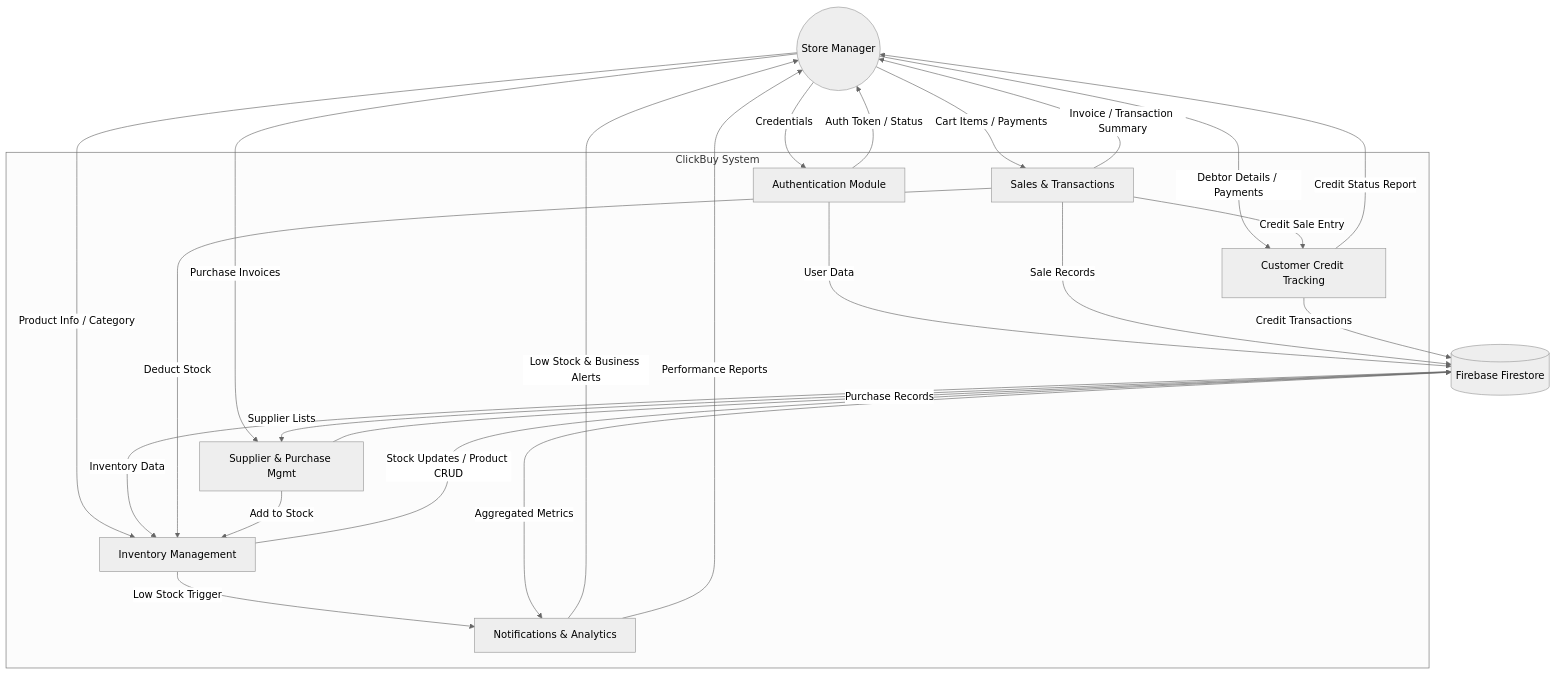
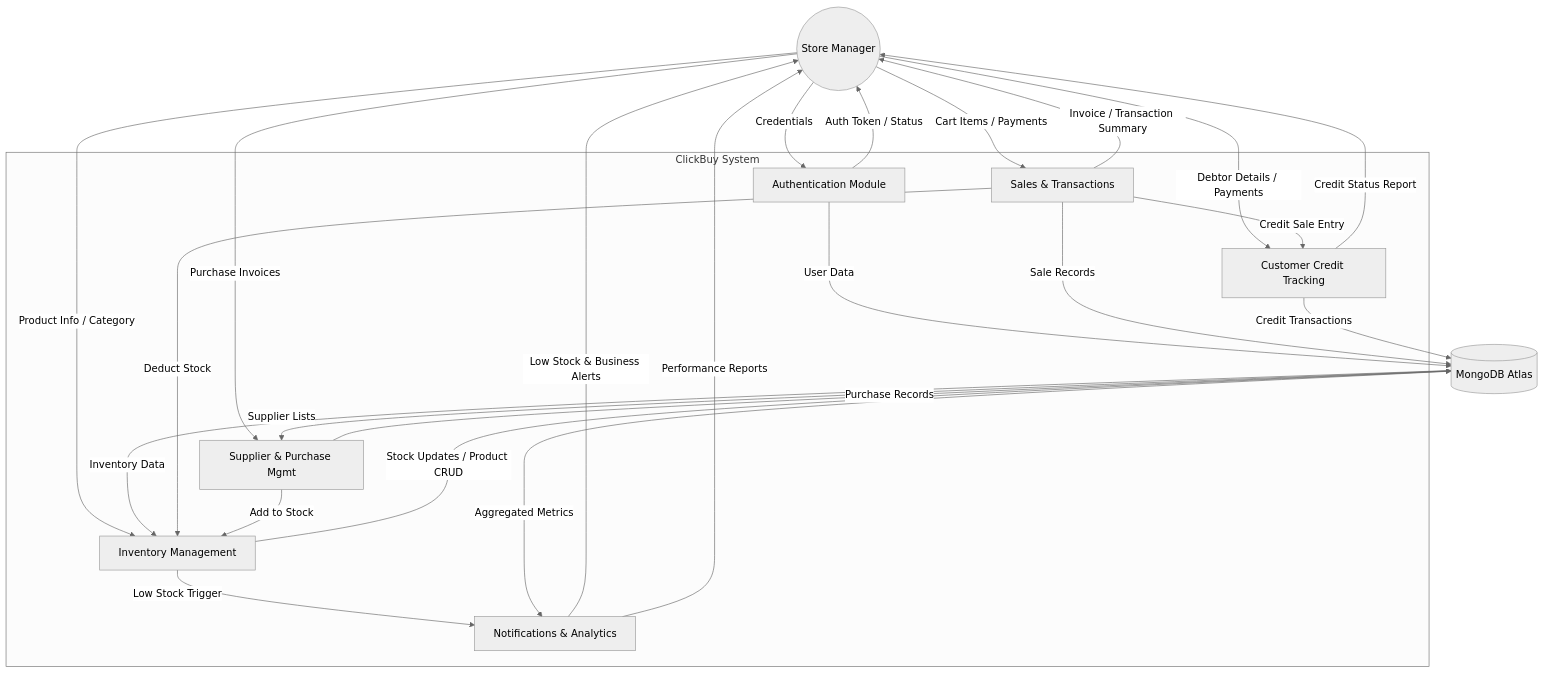
The second of 2 diagrams in Assets/dfd_diagram.md (dilshan-code/ITP_KANDY_7), drawn with Mermaid (neutral theme) before and after one commit. The commit also changed other lines of this file and 10 other files, not shown here.

````diff
--- a/Assets/dfd_diagram.md
+++ b/Assets/dfd_diagram.md
@@ -28,48 +28,48 @@
 ```mermaid
 graph TD
     Manager((Store Manager))
-    DB[(Firebase Firestore)]
+    DB[(MongoDB Atlas)]
 
     subgraph ClickBuy System
         P1[Authentication Module]
         P2[Inventory Management]
         P3[Sales & Transactions]
         P4[Customer Credit Tracking]
         P5[Supplier & Purchase Mgmt]
         P6[Notifications & Analytics]
     end
 
     %% Auth Flow
     Manager -- "Credentials" --> P1
     P1 -- "Auth Token / Status" --> Manager
     P1 -- "User Data" --> DB
 
     %% Inventory Flow
     Manager -- "Product Info / Category" --> P2
     P2 -- "Stock Updates / Product CRUD" --> DB
     DB -- "Inventory Data" --> P2
     P2 -- "Low Stock Trigger" --> P6
 
     %% Sales Flow
     Manager -- "Cart Items / Payments" --> P3
     P3 -- "Invoice / Transaction Summary" --> Manager
     P3 -- "Deduct Stock" --> P2
     P3 -- "Sale Records" --> DB
 
     %% Customer Credit Flow
     Manager -- "Debtor Details / Payments" --> P4
     P4 -- "Credit Transactions" --> DB
     P4 -- "Credit Status Report" --> Manager
     P3 -- "Credit Sale Entry" --> P4
 
     %% Supplier & Purchase Flow
     Manager -- "Purchase Invoices" --> P5
     P5 -- "Purchase Records" --> DB
     P5 -- "Add to Stock" --> P2
     DB -- "Supplier Lists" --> P5
 
     %% Notifications & Analytics
     DB -- "Aggregated Metrics" --> P6
     P6 -- "Low Stock & Business Alerts" --> Manager
     P6 -- "Performance Reports" --> Manager
 ```
````
